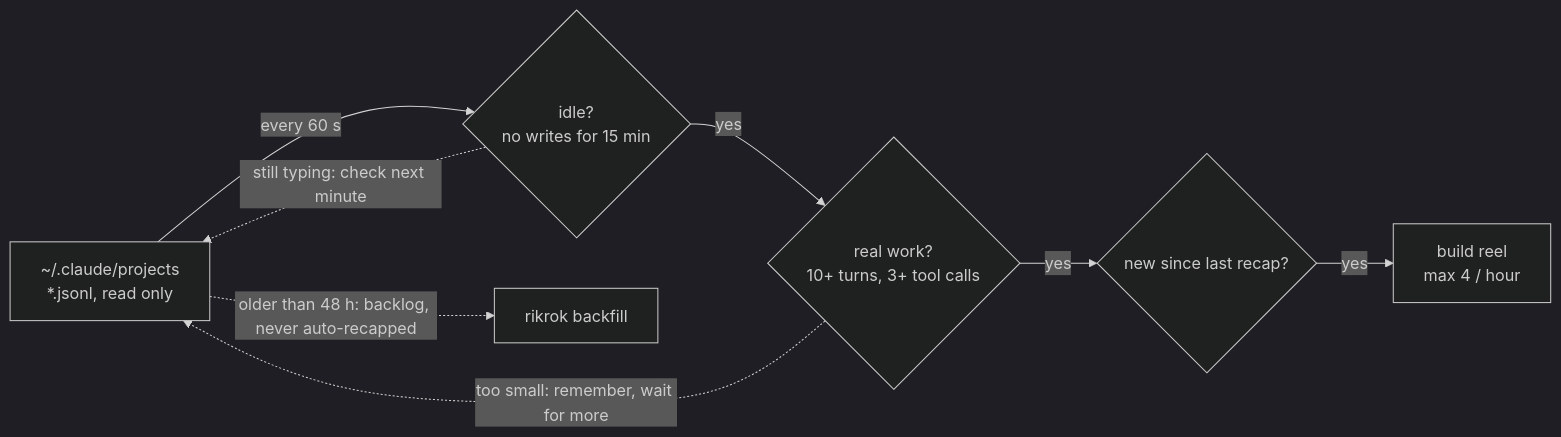
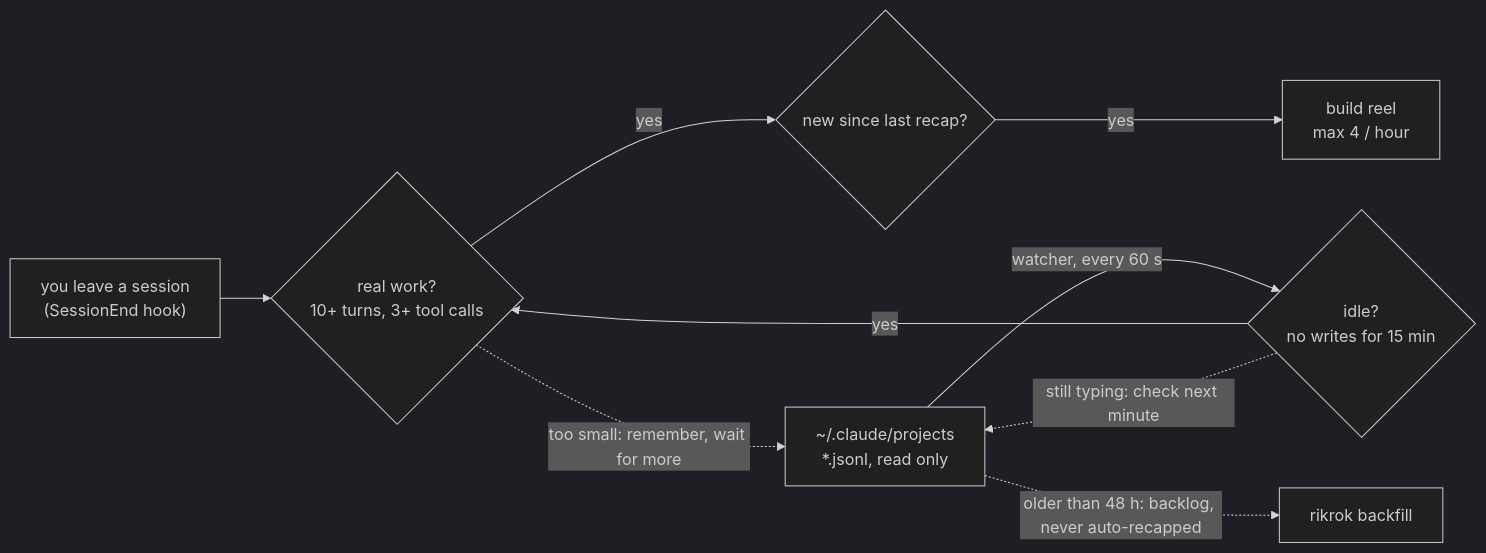
The first of 2 diagrams in README.md (alexferrao/rikrok), drawn with Mermaid (dark theme) before and after one commit. The commit also changed other lines of this file and 10 other files, not shown here.

Commit message:
0.5.0: Claude writes it (headless claude -p), SessionEnd hook, README around three paths

````diff
--- a/README.md
+++ b/README.md
@@ -57,10 +67,11 @@
 ```mermaid
 flowchart LR
-  A["~/.claude/projects<br/>*.jsonl, read only"] -- "every 60 s" --> B{"idle?<br/>no writes for 15 min"}
+  H["you leave a session<br/>(SessionEnd hook)"] --> C
+  A["~/.claude/projects<br/>*.jsonl, read only"] -- "watcher, every 60 s" --> B{"idle?<br/>no writes for 15 min"}
   B -- yes --> C{"real work?<br/>10+ turns, 3+ tool calls"}
   C -- yes --> D{"new since last recap?"}
   D -- yes --> E["build reel<br/>max 4 / hour"]
   B -. "still typing: check next minute" .-> A
   C -. "too small: remember, wait for more" .-> A
   A -. "older than 48 h: backlog, never auto-recapped" .-> F["rikrok backfill"]
 ```
````
